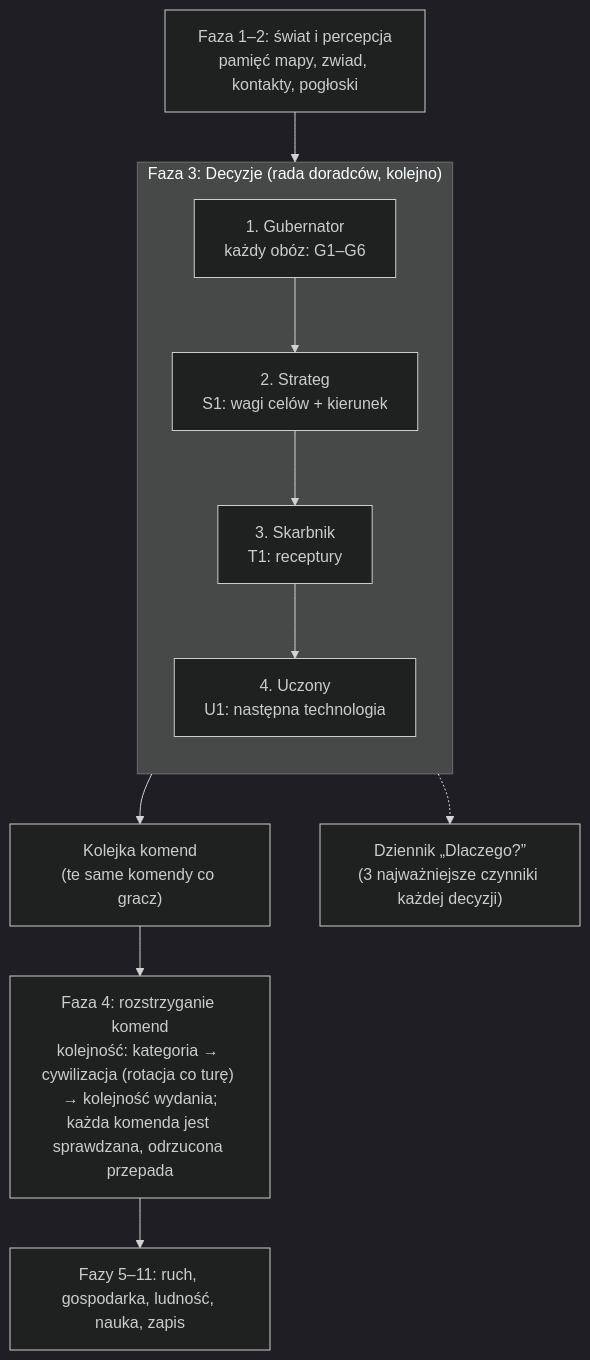
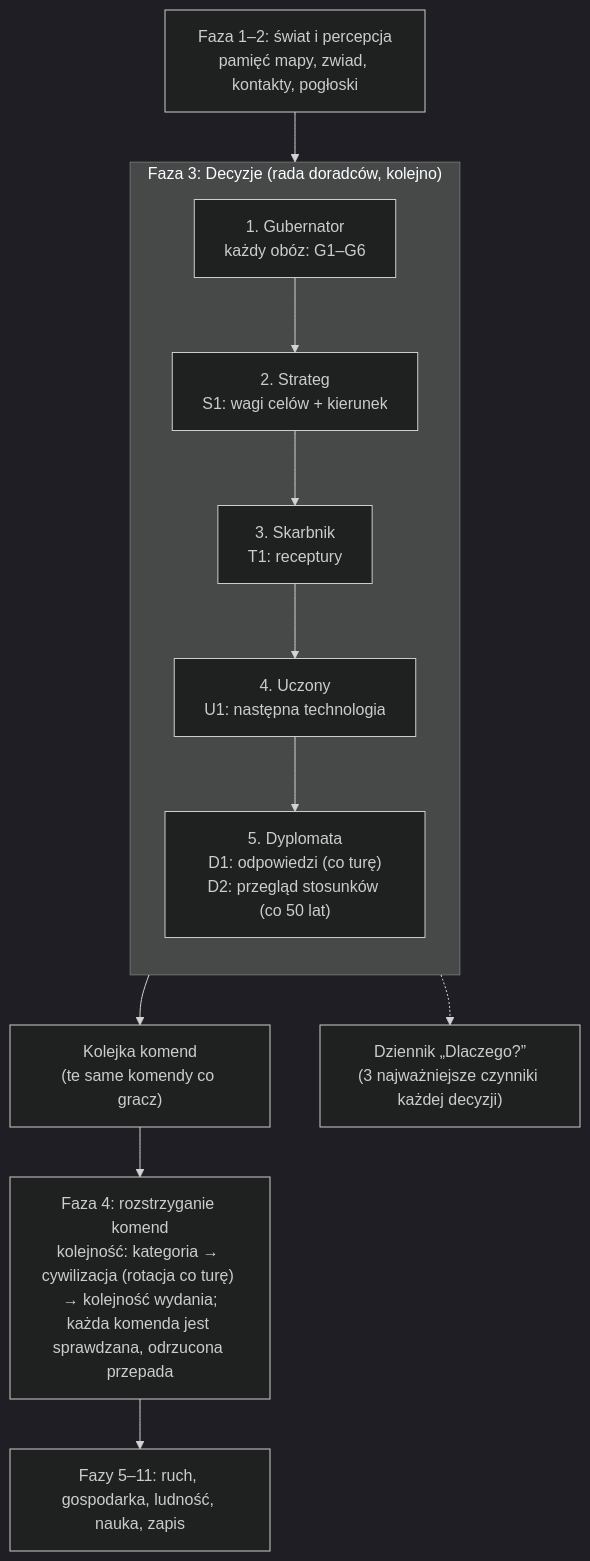
Before and after one commit to CoStellar/CivSim2: the diagram in docs/ai/README.md, drawn with Mermaid (dark theme). The commit also changed other lines of this file and 11 other files, not shown here.

````diff
--- a/docs/ai/README.md
+++ b/docs/ai/README.md
@@ -28,14 +29,15 @@
 ```mermaid
 flowchart TD
   P1["Faza 1–2: świat i percepcja<br/>pamięć mapy, zwiad, kontakty, pogłoski"] --> D
   subgraph D["Faza 3: Decyzje (rada doradców, kolejno)"]
     direction TB
     G["1. Gubernator<br/>każdy obóz: G1–G6"] --> S["2. Strateg<br/>S1: wagi celów + kierunek"]
     S --> T["3. Skarbnik<br/>T1: receptury"]
     T --> U["4. Uczony<br/>U1: następna technologia"]
+    U --> DP["5. Dyplomata<br/>D1: odpowiedzi (co turę)<br/>D2: przegląd stosunków (co 50 lat)"]
   end
   D --> Q["Kolejka komend<br/>(te same komendy co gracz)"]
   Q --> R["Faza 4: rozstrzyganie komend<br/>kolejność: kategoria → cywilizacja (rotacja co turę) → kolejność wydania;<br/>każda komenda jest sprawdzana, odrzucona przepada"]
   R --> E["Fazy 5–11: ruch, gospodarka, ludność, nauka, zapis"]
   D -.-> L["Dziennik „Dlaczego?”<br/>(3 najważniejsze czynniki każdej decyzji)"]
 ```
````
